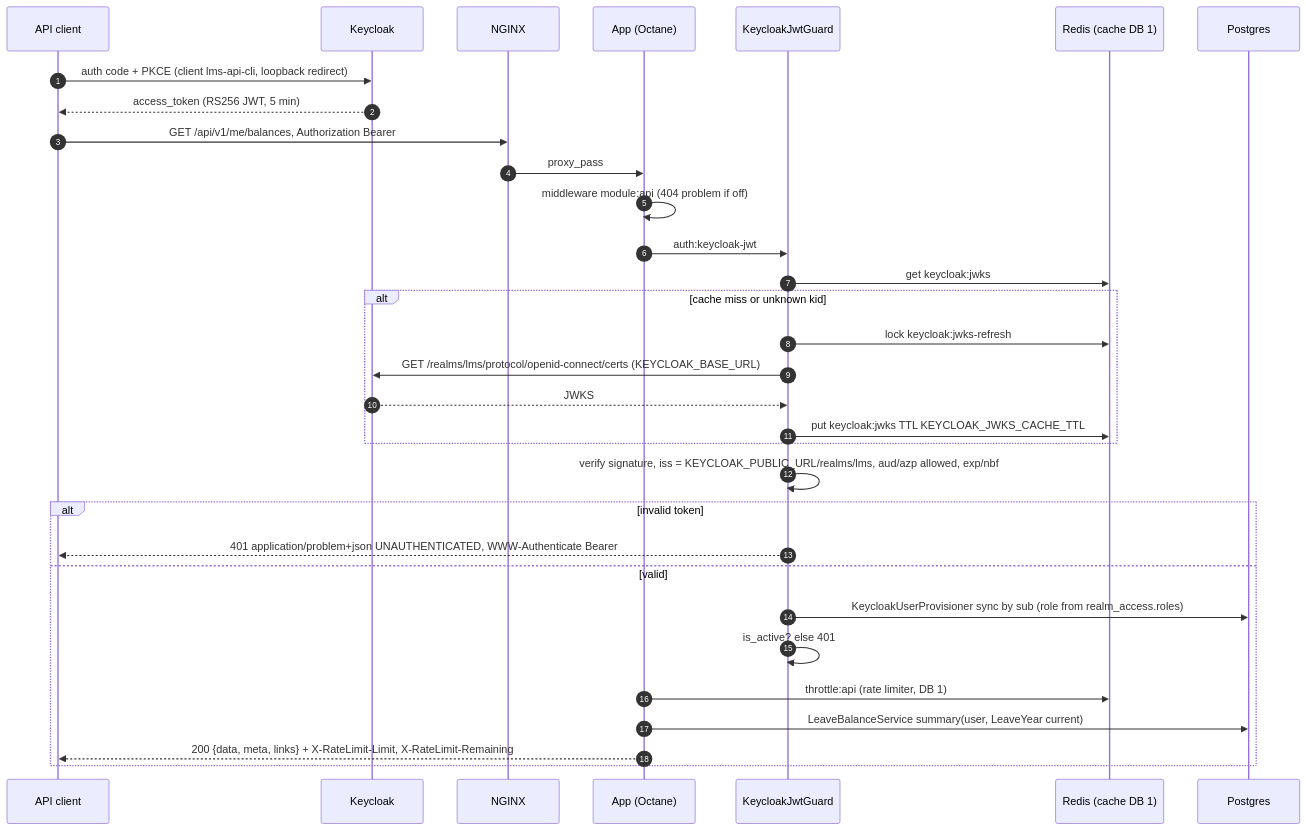
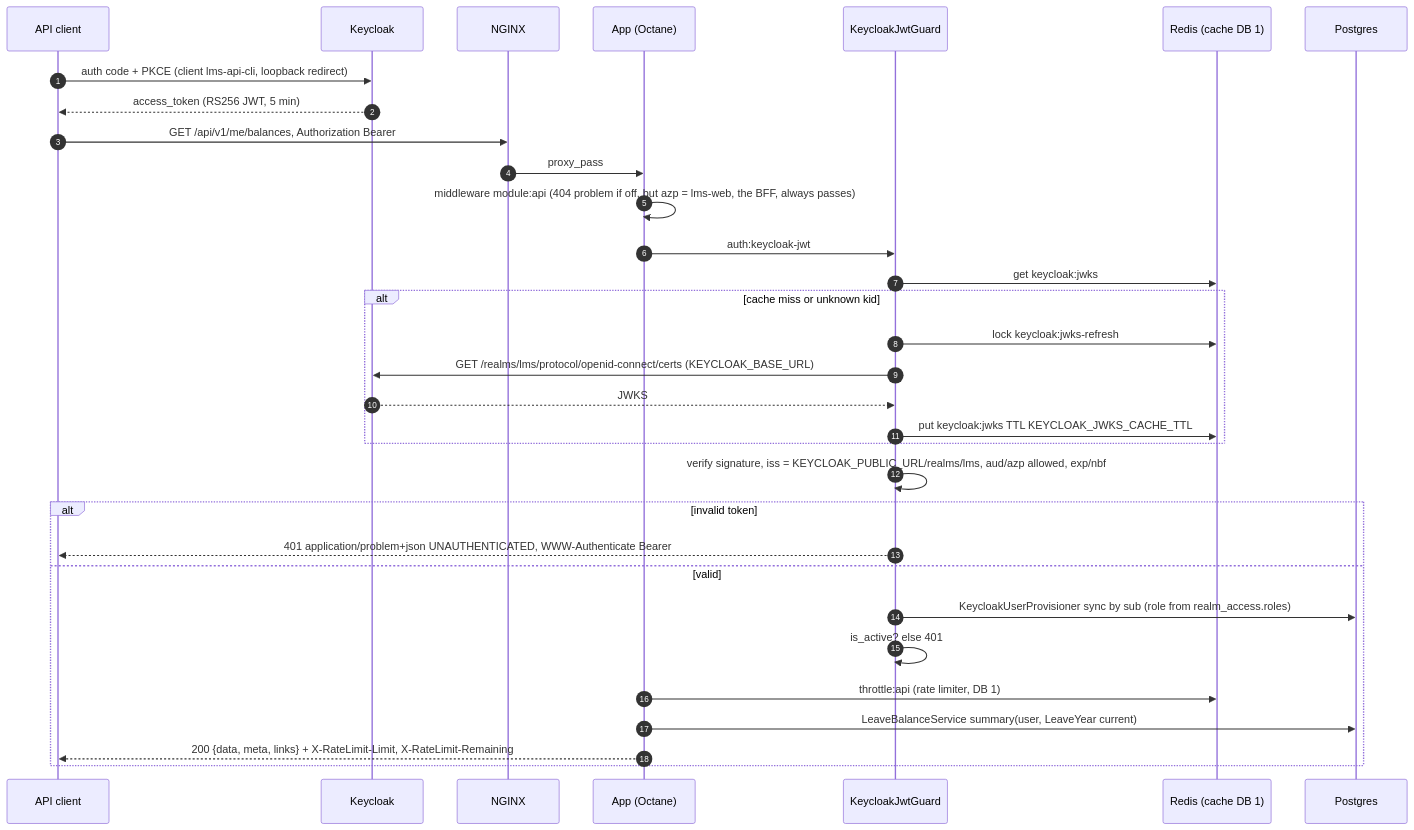
The third of 11 diagrams in docs/diagrams/06-sequence-diagrams.md (heyadityak/lms), drawn with Mermaid before and after one commit. The commit also changed other lines of this file and 39 other files, not shown here.

First line of the commit message:
docs: Next.js BFF frontend + API-only Laravel design (D-43)

````diff
--- a/docs/diagrams/06-sequence-diagrams.md
+++ b/docs/diagrams/06-sequence-diagrams.md
@@ -80,35 +87,35 @@
 ```mermaid
 sequenceDiagram
     autonumber
     participant C as API client
     participant K as Keycloak
     participant N as NGINX
     participant A as App (Octane)
     participant G as KeycloakJwtGuard
     participant R as Redis (cache DB 1)
     participant DB as Postgres
 
     C->>K: auth code + PKCE (client lms-api-cli, loopback redirect)
     K-->>C: access_token (RS256 JWT, 5 min)
     C->>N: GET /api/v1/me/balances, Authorization Bearer
     N->>A: proxy_pass
-    A->>A: middleware module:api (404 problem if off)
+    A->>A: middleware module:api (404 problem if off, but azp = lms-web, the BFF, always passes)
     A->>G: auth:keycloak-jwt
     G->>R: get keycloak:jwks
     alt cache miss or unknown kid
         G->>R: lock keycloak:jwks-refresh
         G->>K: GET /realms/lms/protocol/openid-connect/certs (KEYCLOAK_BASE_URL)
         K-->>G: JWKS
         G->>R: put keycloak:jwks TTL KEYCLOAK_JWKS_CACHE_TTL
     end
     G->>G: verify signature, iss = KEYCLOAK_PUBLIC_URL/realms/lms, aud/azp allowed, exp/nbf
     alt invalid token
         G-->>C: 401 application/problem+json UNAUTHENTICATED, WWW-Authenticate Bearer
     else valid
         G->>DB: KeycloakUserProvisioner sync by sub (role from realm_access.roles)
         G->>G: is_active? else 401
         A->>R: throttle:api (rate limiter, DB 1)
         A->>DB: LeaveBalanceService summary(user, LeaveYear current)
         A-->>C: 200 {data, meta, links} + X-RateLimit-Limit, X-RateLimit-Remaining
     end
 ```
````
